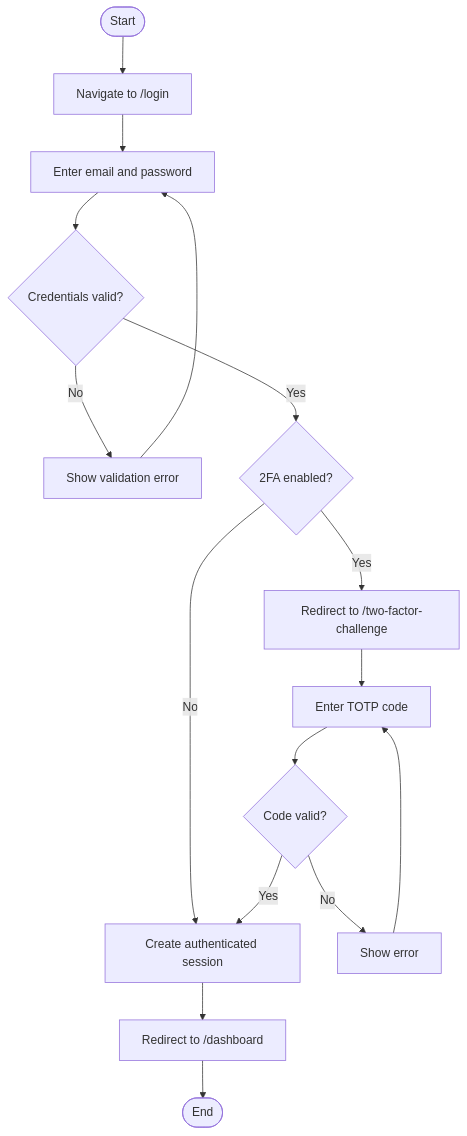
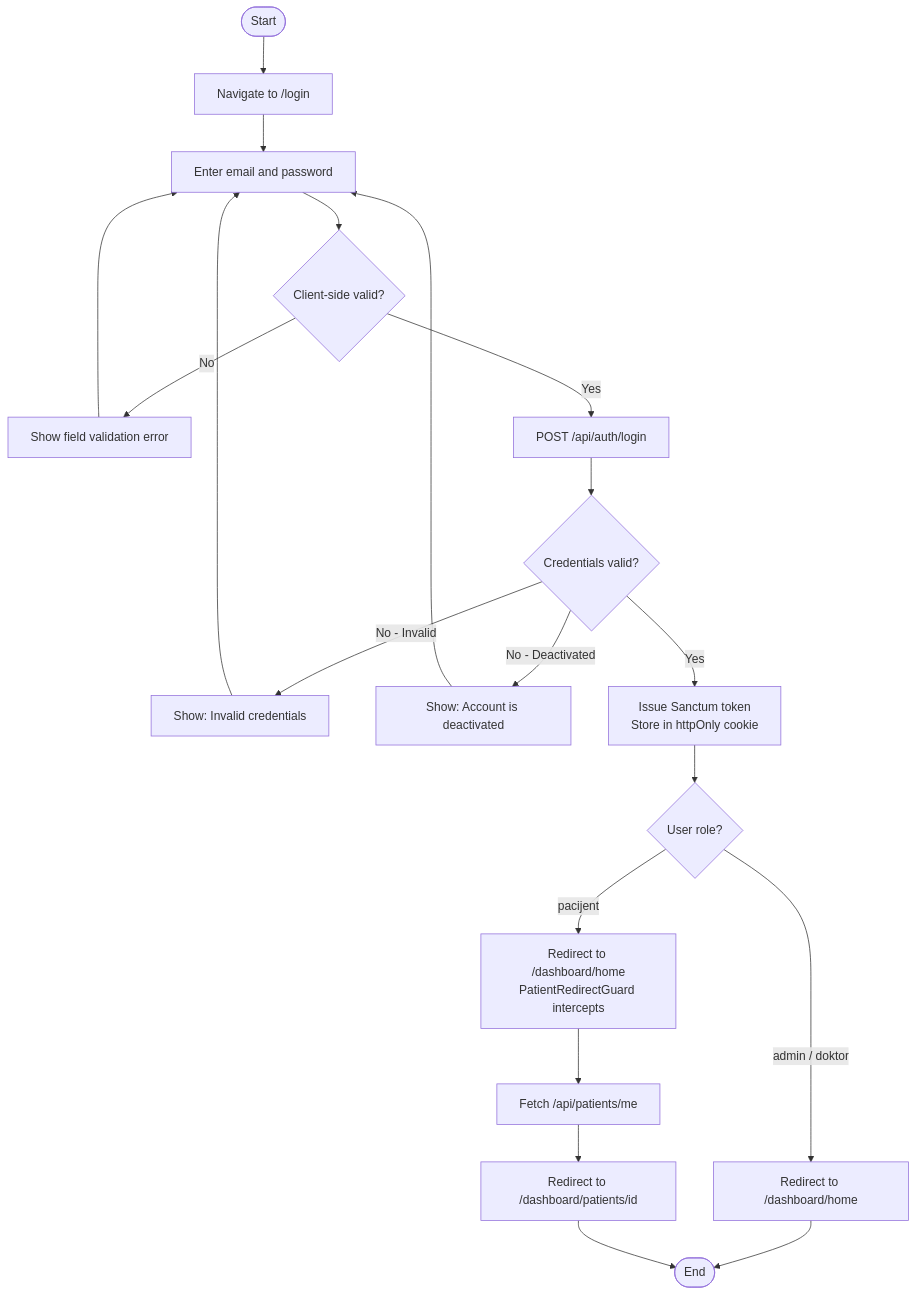
One commit to amarHrvc/nutriledger changed the diagram in _docs_uni/diagrams/activity/login.mmd. Above: the diagram before and after it, drawn with Mermaid. The commit also changed 11 other files, not shown here.

Commit message:
[docs, images]: diagrams, app design, maintenance analysis

```diff
--- a/_docs_uni/diagrams/activity/login.mmd
+++ b/_docs_uni/diagrams/activity/login.mmd
@@ -1,16 +1,20 @@
 flowchart TD
     A([Start]) --> B[Navigate to /login]
     B --> C[Enter email and password]
-    C --> D{Credentials valid?}
-    D -->|No| E[Show validation error]
+    C --> D{Client-side valid?}
+    D -->|No| E[Show field validation error]
     E --> C
-    D -->|Yes| F{2FA enabled?}
-    F -->|No| G[Create authenticated session]
-    F -->|Yes| H[Redirect to /two-factor-challenge]
-    H --> I[Enter TOTP code]
-    I --> J{Code valid?}
-    J -->|No| K[Show error]
-    K --> I
-    J -->|Yes| G
-    G --> L[Redirect to /dashboard]
-    L --> M([End])
+    D -->|Yes| F[POST /api/auth/login]
+    F --> G{Credentials valid?}
+    G -->|No - Invalid| H[Show: Invalid credentials]
+    H --> C
+    G -->|No - Deactivated| I[Show: Account is deactivated]
+    I --> C
+    G -->|Yes| J[Issue Sanctum token\nStore in httpOnly cookie]
+    J --> K{User role?}
+    K -->|admin / doktor| L[Redirect to /dashboard/home]
+    K -->|pacijent| M[Redirect to /dashboard/home\nPatientRedirectGuard intercepts]
+    M --> N[Fetch /api/patients/me]
+    N --> O[Redirect to /dashboard/patients/id]
+    L --> P([End])
+    O --> P
```
